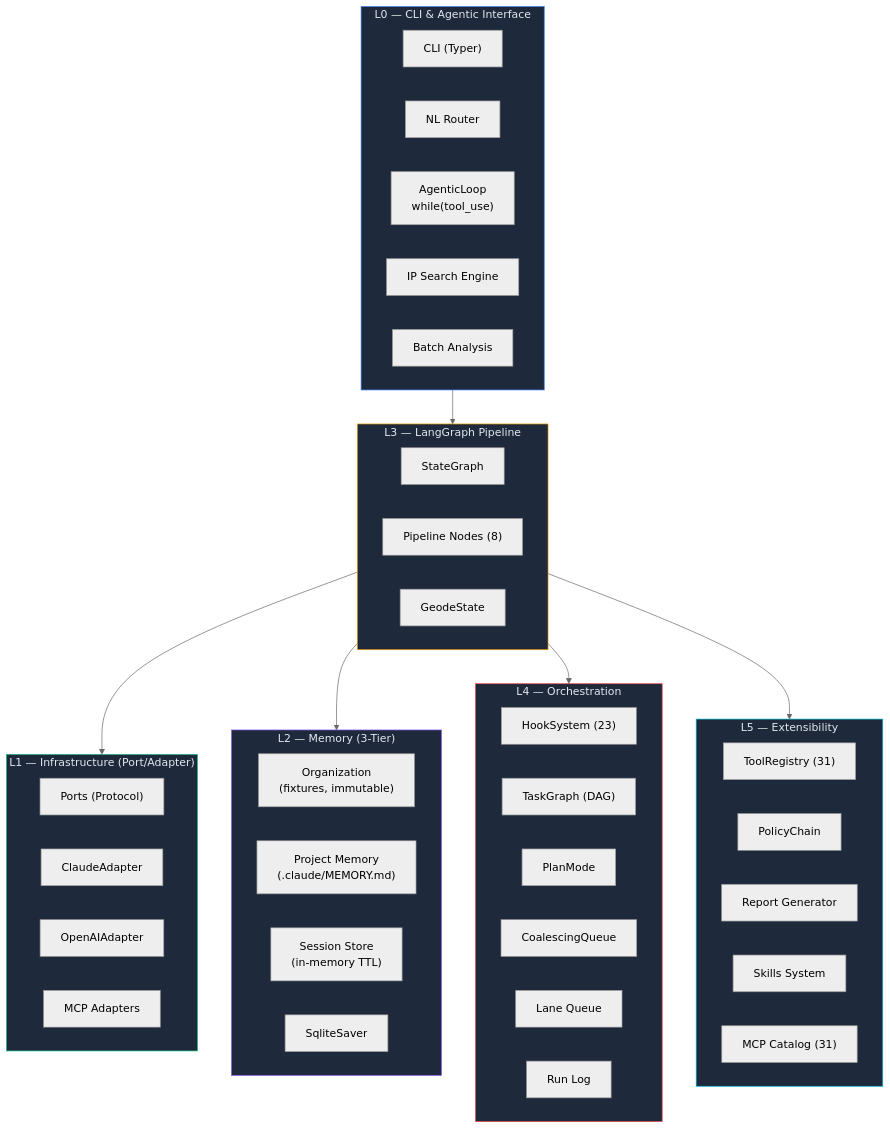
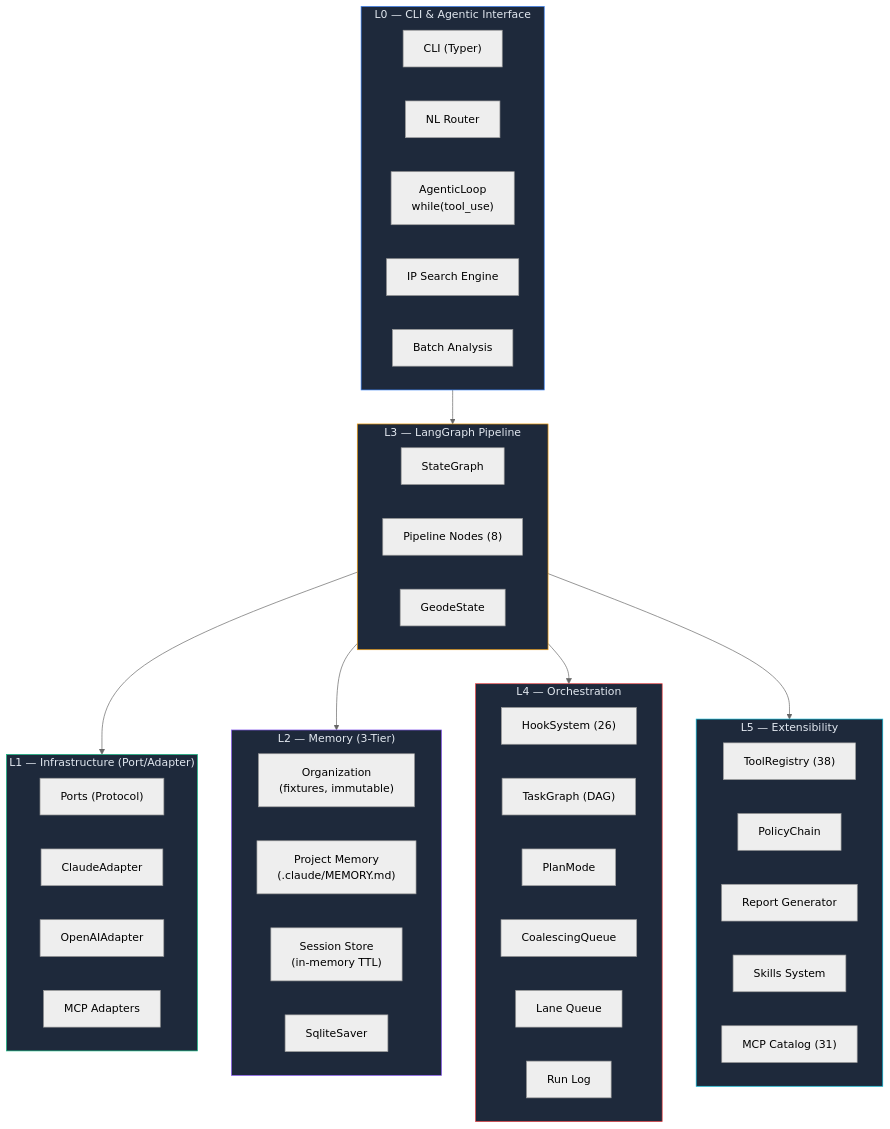
One commit to mangowhoiscloud/geode changed the first of 12 diagrams in README.md. Above: the diagram before and after it, drawn with Mermaid (neutral theme). The commit also changed other lines of this file and 13 other files, not shown here.

First line of the commit message:
docs: README/CHANGELOG/CLAUDE.md 정합성 — 38 tools, 124 modules, 2077+ tests, 26 hooks

````diff
--- a/README.md
+++ b/README.md
@@ -53,60 +54,60 @@
 ```mermaid
 graph TB
     subgraph L0["L0 — CLI & Agentic Interface"]
         CLI["CLI (Typer)"]
         NLR["NL Router"]
         AL["AgenticLoop<br/>while(tool_use)"]
         Search["IP Search Engine"]
         Batch["Batch Analysis"]
     end
 
     subgraph L1["L1 — Infrastructure (Port/Adapter)"]
         direction LR
         Ports["Ports (Protocol)"]
         Claude["ClaudeAdapter"]
         OpenAI["OpenAIAdapter"]
         MCP["MCP Adapters"]
     end
 
     subgraph L2["L2 — Memory (3-Tier)"]
         Org["Organization<br/>(fixtures, immutable)"]
         Project["Project Memory<br/>(.claude/MEMORY.md)"]
         Session["Session Store<br/>(in-memory TTL)"]
         Checkpoint["SqliteSaver"]
     end
 
     subgraph L3["L3 — LangGraph Pipeline"]
         Graph["StateGraph"]
         Nodes["Pipeline Nodes (8)"]
         State["GeodeState"]
     end
 
     subgraph L4["L4 — Orchestration"]
-        Hooks["HookSystem (23)"]
+        Hooks["HookSystem (26)"]
         Tasks["TaskGraph (DAG)"]
         Plan["PlanMode"]
         Coal["CoalescingQueue"]
         Lanes["Lane Queue"]
         RunLog["Run Log"]
     end
 
     subgraph L5["L5 — Extensibility"]
-        Tools["ToolRegistry (31)"]
+        Tools["ToolRegistry (38)"]
         Policy["PolicyChain"]
         Reports["Report Generator"]
         Skills["Skills System"]
         MCPCat["MCP Catalog (31)"]
     end
 
     L0 --> L3
     L3 --> L1
     L3 --> L2
     L3 --> L4
     L3 --> L5
     style L0 fill:#1e293b,stroke:#3b82f6,color:#e2e8f0
     style L1 fill:#1e293b,stroke:#10b981,color:#e2e8f0
     style L2 fill:#1e293b,stroke:#8b5cf6,color:#e2e8f0
     style L3 fill:#1e293b,stroke:#f59e0b,color:#e2e8f0
     style L4 fill:#1e293b,stroke:#ef4444,color:#e2e8f0
     style L5 fill:#1e293b,stroke:#06b6d4,color:#e2e8f0
 ```
````
